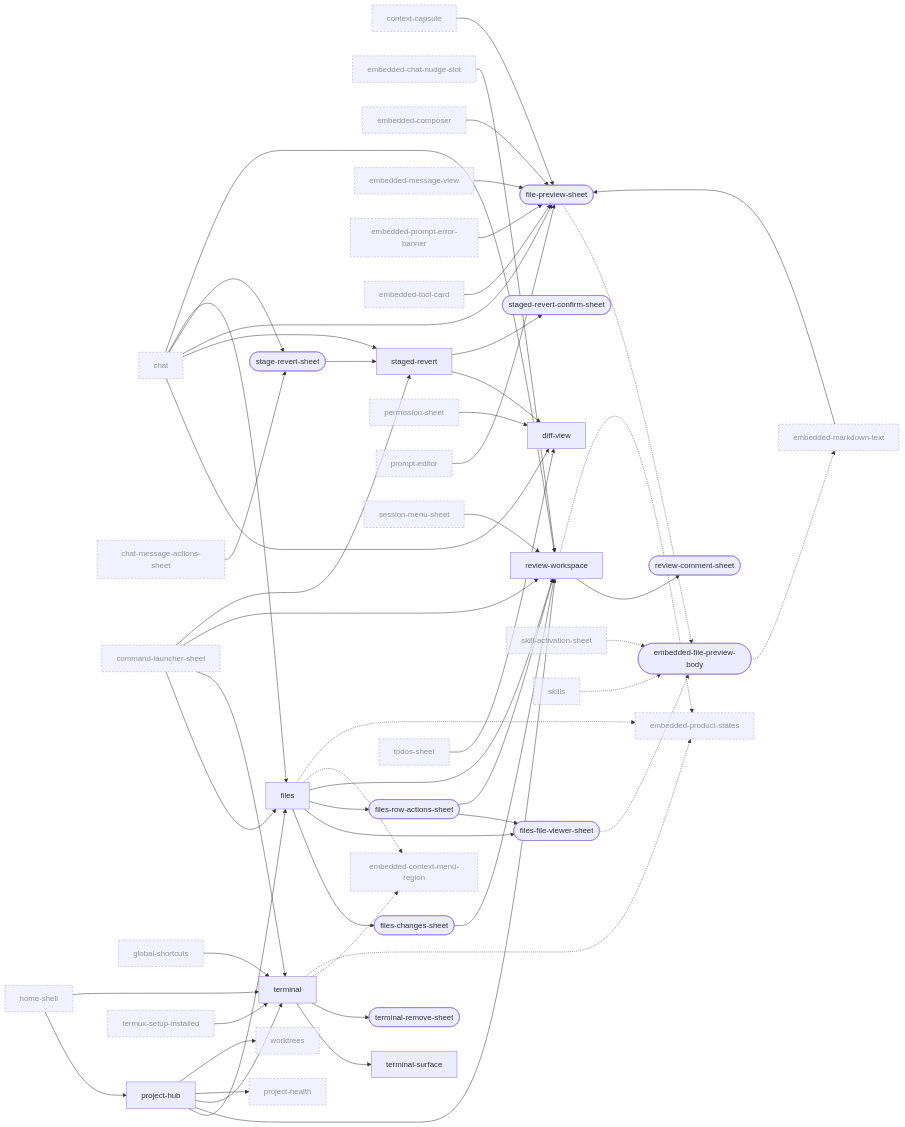
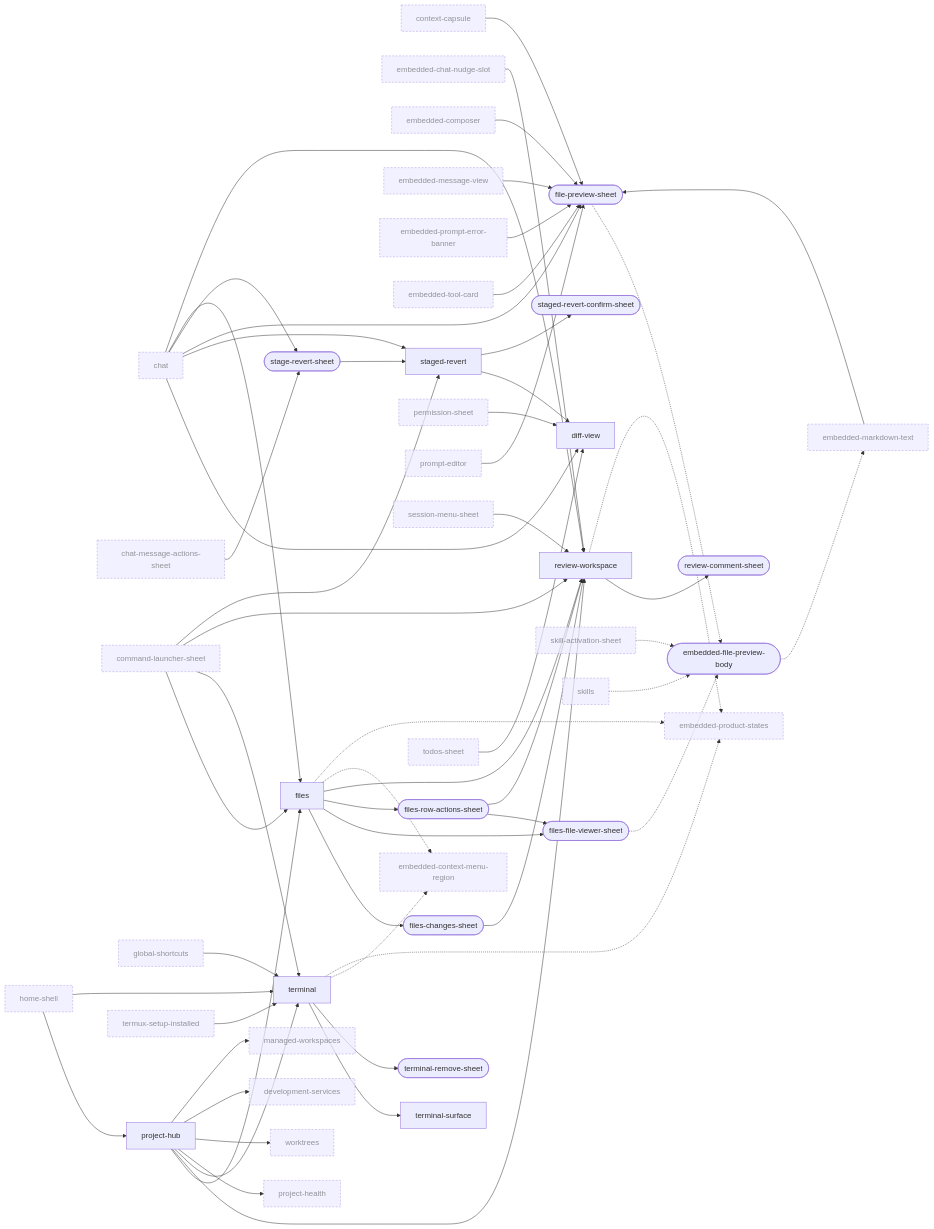
Before and after one commit to Breskott/opencode-mobile-next: the fourth of 10 diagrams in docs/design/ui-ledger/navigation.md, drawn with Mermaid. The commit also changed other lines of this file and 78 other files, not shown here.

```diff
--- a/docs/design/ui-ledger/navigation.md
+++ b/docs/design/ui-ledger/navigation.md
@@ -585,6 +591,7 @@
   chat_message_actions_sheet["chat-message-actions-sheet"]:::ext
   command_launcher_sheet["command-launcher-sheet"]:::ext
   context_capsule["context-capsule"]:::ext
+  development_services["development-services"]:::ext
   diff_view["diff-view"]
   embedded_chat_nudge_slot["embedded-chat-nudge-slot"]:::ext
   embedded_composer["embedded-composer"]:::ext
@@ -602,6 +609,7 @@
   files_row_actions_sheet(["files-row-actions-sheet"])
   global_shortcuts["global-shortcuts"]:::ext
   home_shell["home-shell"]:::ext
+  managed_workspaces["managed-workspaces"]:::ext
   permission_sheet["permission-sheet"]:::ext
   project_health["project-health"]:::ext
   project_hub["project-hub"]
@@ -645,6 +653,8 @@
   project_hub --> terminal
   project_hub --> project_health
   project_hub --> worktrees
+  project_hub --> development_services
+  project_hub --> managed_workspaces
   files --> files_changes_sheet
   files --> files_file_viewer_sheet
   files --> files_row_actions_sheet
```
